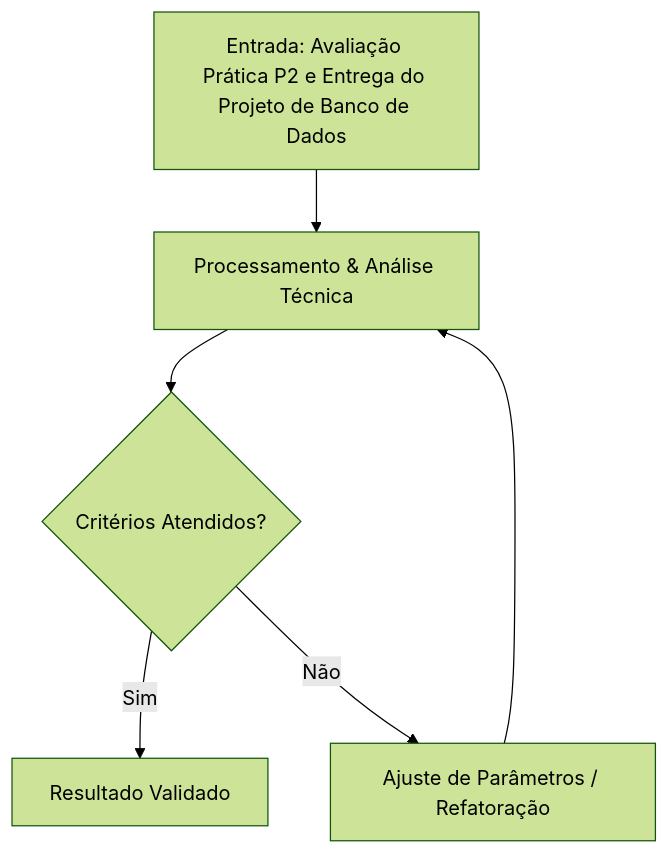
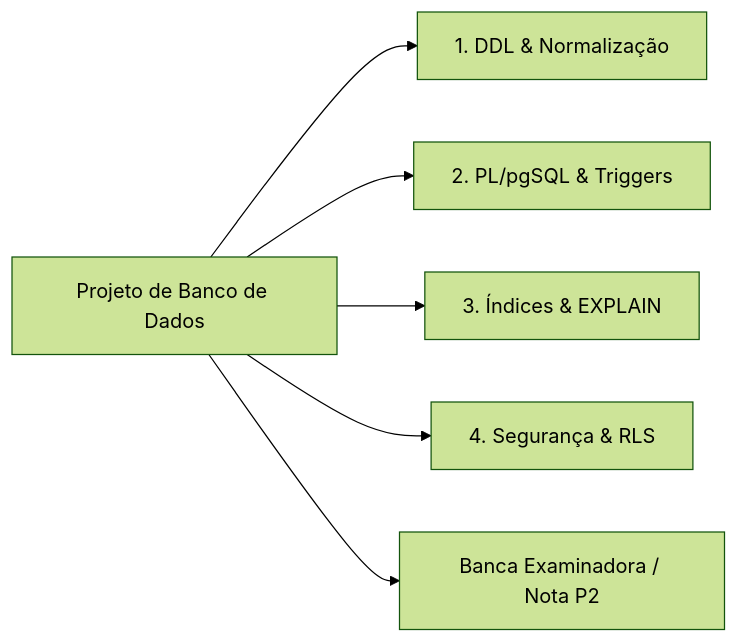
One commit to pedroiff0/page changed the diagram in content/pt-br/resource/Engenharia de Computação/6-periodo/banco-de-dados/anotacoes/aula-15-avaliacao-pratica-p2-e-entrega-do-projeto-de-banco-de-dados.md. Above: the diagram before and after it, drawn with Mermaid (forest theme). The commit also changed other lines of this file and 826 other files, not shown here.

````diff
--- a/content/pt-br/resource/Engenharia de Computação/6-periodo/banco-de-dados/anotacoes/aula-15-avaliacao-pratica-p2-e-entrega-do-projeto-de-banco-de-dados.md
+++ b/content/pt-br/resource/Engenharia de Computação/6-periodo/banco-de-dados/anotacoes/aula-15-avaliacao-pratica-p2-e-entrega-do-projeto-de-banco-de-dados.md
@@ -74,8 +72,8 @@
 ```mermaid
-flowchart TD
-    A[Entrada: Avaliação Prática P2 e Entrega do Projeto de Banco de Dados] --> B[Processamento & Análise Técnica]
-    B --> C{Critérios Atendidos?}
-    C -- Sim --> D[Resultado Validado]
-    C -- Não --> E[Ajuste de Parâmetros / Refatoração]
-    E --> B
+flowchart LR
+    Proj[Projeto de Banco de Dados] --> DDL[1. DDL & Normalização]
+    Proj --> PL[2. PL/pgSQL & Triggers]
+    Proj --> OPT[3. Índices & EXPLAIN]
+    Proj --> SEC[4. Segurança & RLS]
+    Proj --> Banca[Banca Examinadora / Nota P2]
 ```
````
